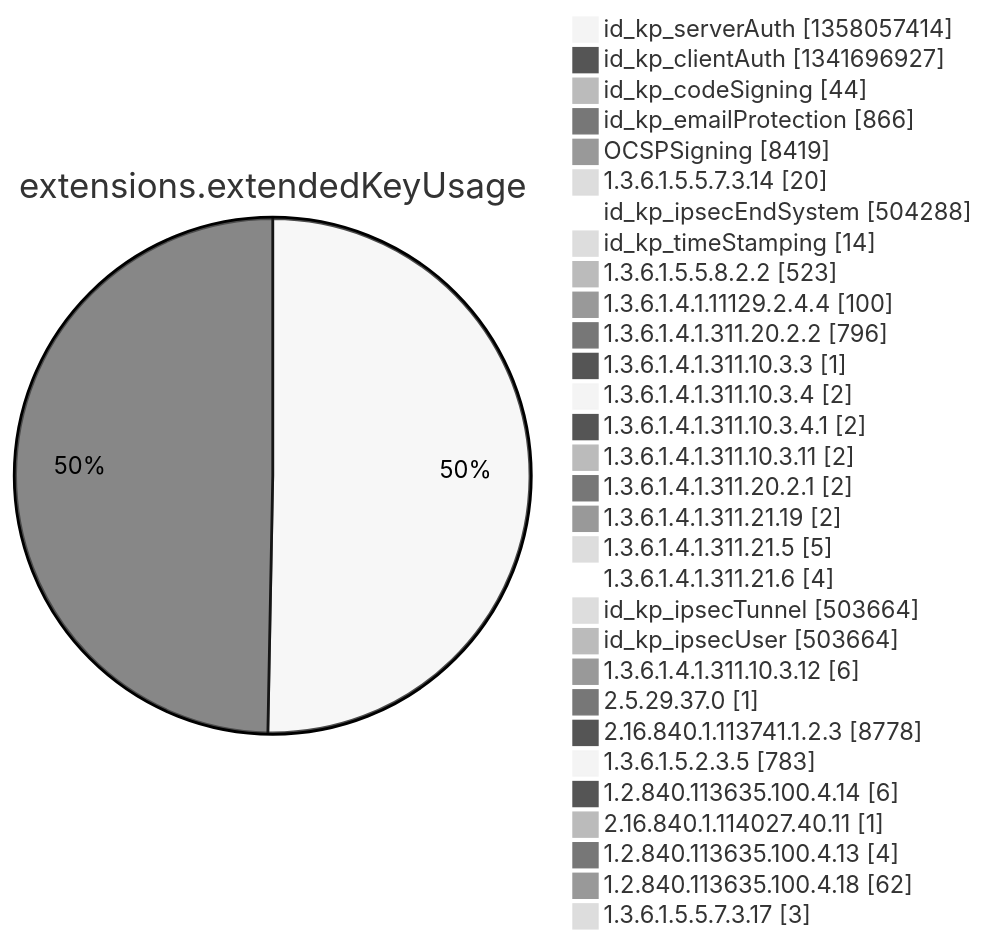
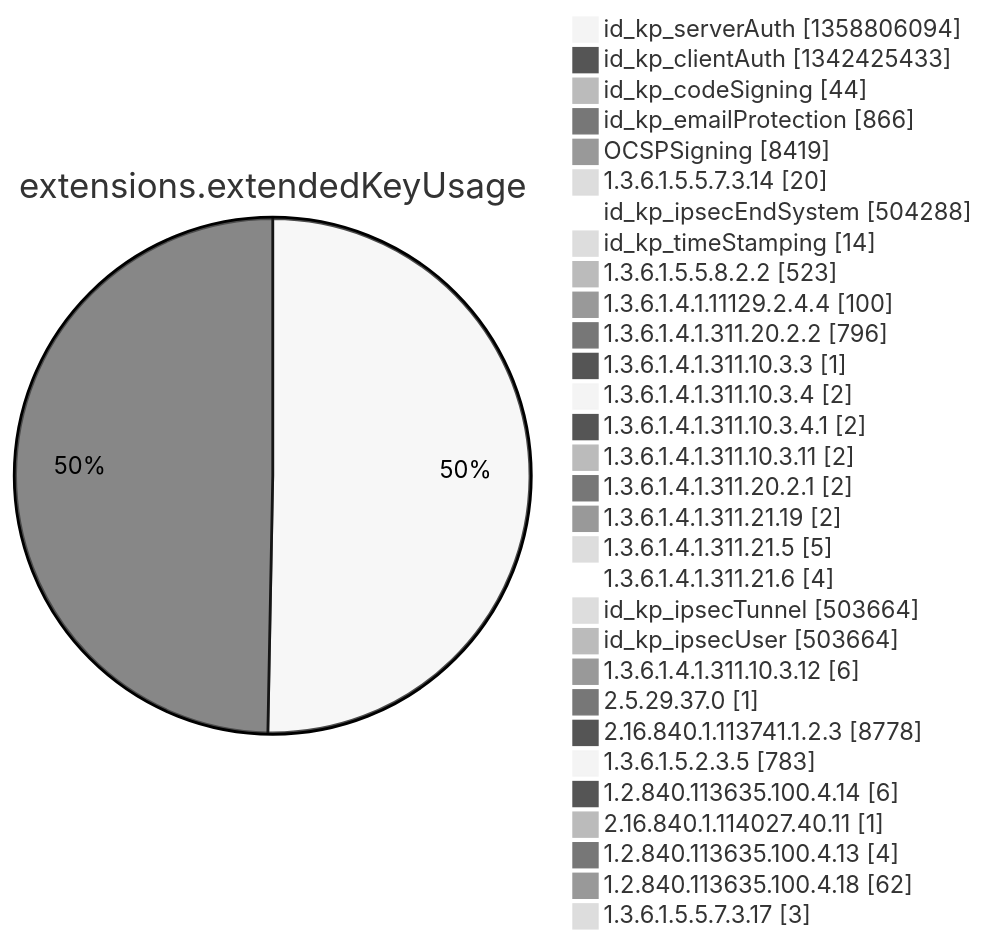
Before and after one commit to christiankrug/ctmonitor_visualization: diagram 12 of 15 in argon2022/README.md, drawn with Mermaid (neutral theme). The commit also changed other lines of this file, not shown here.

````diff
--- a/argon2022/README.md
+++ b/argon2022/README.md
@@ -3553,34 +3553,34 @@
 ```mermaid
 pie showData
 title extensions.extendedKeyUsage
-"id_kp_serverAuth" :1358057414
-"id_kp_clientAuth" :1341696927
+"id_kp_serverAuth" :1358806094
+"id_kp_clientAuth" :1342425433
 "id_kp_codeSigning" :44
 "id_kp_emailProtection" :866
 "OCSPSigning" :8419
 "1.3.6.1.5.5.7.3.14" :20
 "id_kp_ipsecEndSystem" :504288
 "id_kp_timeStamping" :14
 "1.3.6.1.5.5.8.2.2" :523
 "1.3.6.1.4.1.11129.2.4.4" :100
 "1.3.6.1.4.1.311.20.2.2" :796
 "1.3.6.1.4.1.311.10.3.3" :1
 "1.3.6.1.4.1.311.10.3.4" :2
 "1.3.6.1.4.1.311.10.3.4.1" :2
 "1.3.6.1.4.1.311.10.3.11" :2
 "1.3.6.1.4.1.311.20.2.1" :2
 "1.3.6.1.4.1.311.21.19" :2
 "1.3.6.1.4.1.311.21.5" :5
 "1.3.6.1.4.1.311.21.6" :4
 "id_kp_ipsecTunnel" :503664
 "id_kp_ipsecUser" :503664
 "1.3.6.1.4.1.311.10.3.12" :6
 "2.5.29.37.0" :1
 "2.16.840.1.113741.1.2.3" :8778
 "1.3.6.1.5.2.3.5" :783
 "1.2.840.113635.100.4.14" :6
 "2.16.840.1.114027.40.11" :1
 "1.2.840.113635.100.4.13" :4
 "1.2.840.113635.100.4.18" :62
 "1.3.6.1.5.5.7.3.17" :3
 ```
````
